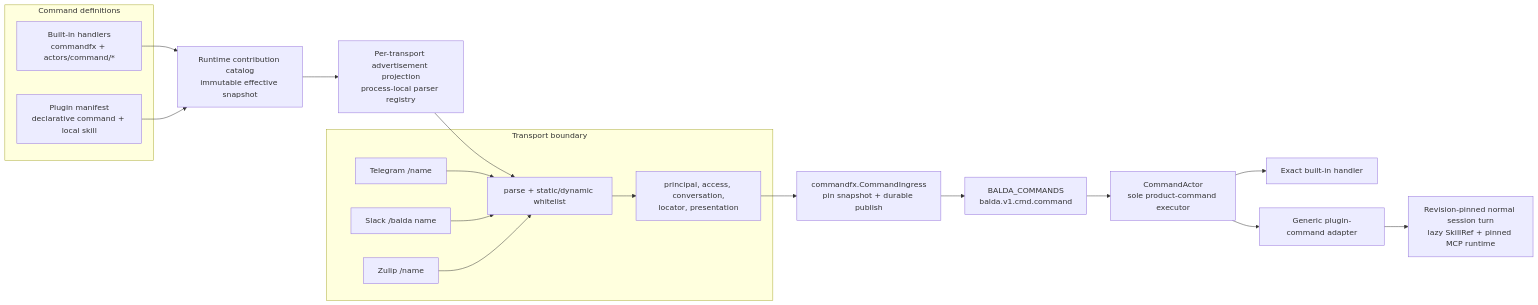
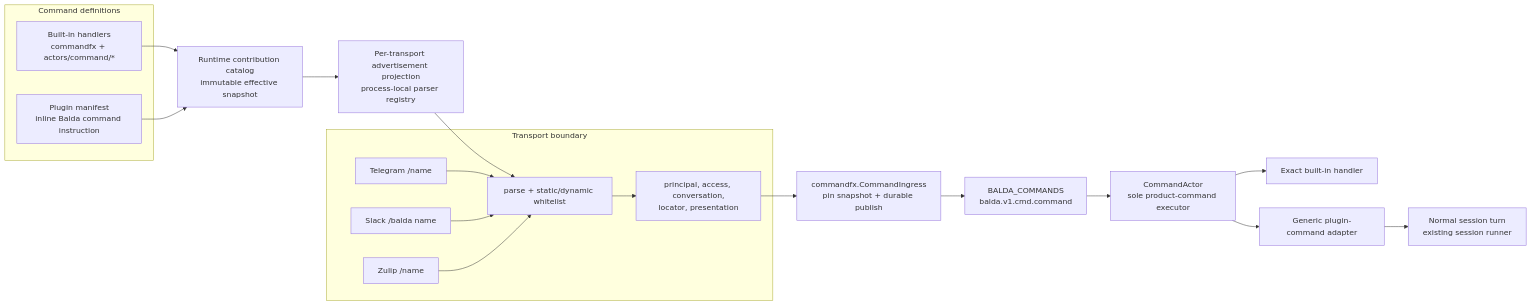
One commit to baldaworks/balda changed the first of 2 diagrams in docs/reference/command-runtime.md. Above: the diagram before and after it, drawn with Mermaid. The commit also changed other lines of this file and 53 other files, not shown here.

````diff
--- a/docs/reference/command-runtime.md
+++ b/docs/reference/command-runtime.md
@@ -22,34 +24,34 @@
 ```mermaid
 flowchart LR
     subgraph Sources["Command definitions"]
         BUILTIN["Built-in handlers<br/>commandfx + actors/command/*"]
-        PLUGIN["Plugin manifest<br/>declarative command + local skill"]
+        PLUGIN["Plugin manifest<br/>inline Balda command instruction"]
     end
 
     CATALOG["Runtime contribution catalog<br/>immutable effective snapshot"]
     PROJECTION["Per-transport advertisement projection<br/>process-local parser registry"]
 
     subgraph Transport["Transport boundary"]
         TG["Telegram /name"]
         SL["Slack /balda name"]
         ZU["Zulip /name"]
         PARSE["parse + static/dynamic whitelist"]
         AUTH["principal, access, conversation,<br/>locator, presentation"]
     end
 
     PUBLISH["commandfx.CommandIngress<br/>pin snapshot + durable publish"]
     STREAM["BALDA_COMMANDS<br/>balda.v1.cmd.command"]
     ACTOR["CommandActor<br/>sole product-command executor"]
     HANDLER["Exact built-in handler"]
     ADAPTER["Generic plugin-command adapter"]
-    TURN["Revision-pinned normal session turn<br/>lazy SkillRef + pinned MCP runtime"]
+    TURN["Normal session turn<br/>existing session runner"]
 
     BUILTIN --> CATALOG
     PLUGIN --> CATALOG --> PROJECTION --> PARSE
     TG --> PARSE
     SL --> PARSE
     ZU --> PARSE
     PARSE --> AUTH --> PUBLISH --> STREAM --> ACTOR
     ACTOR --> HANDLER
     ACTOR --> ADAPTER --> TURN
 ```
````
